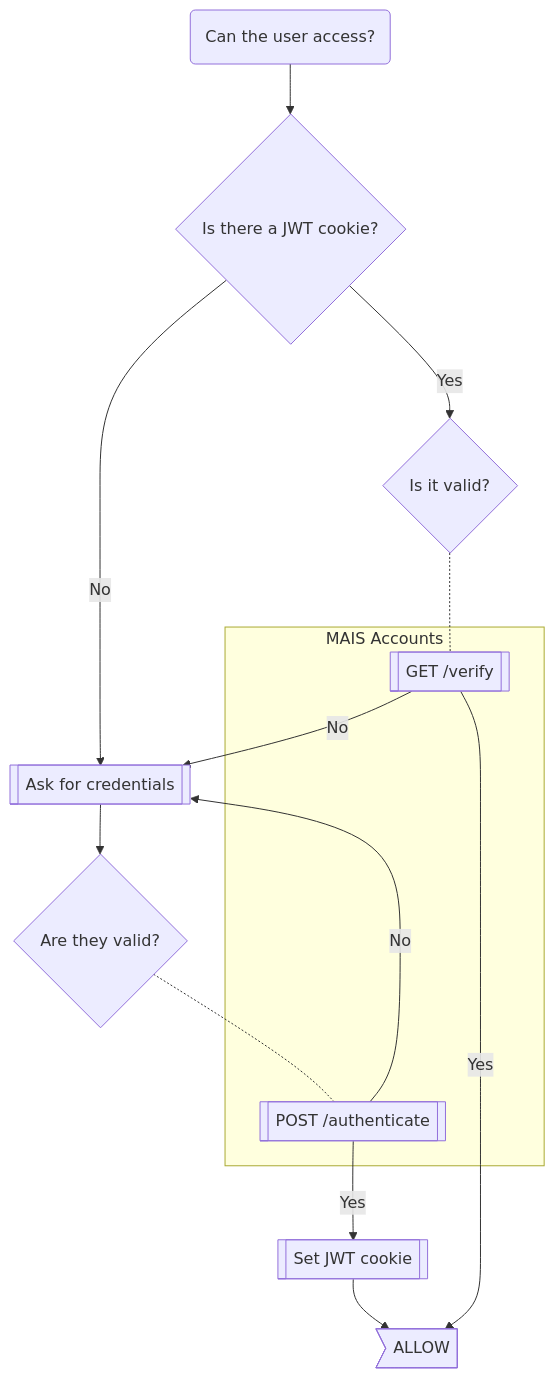
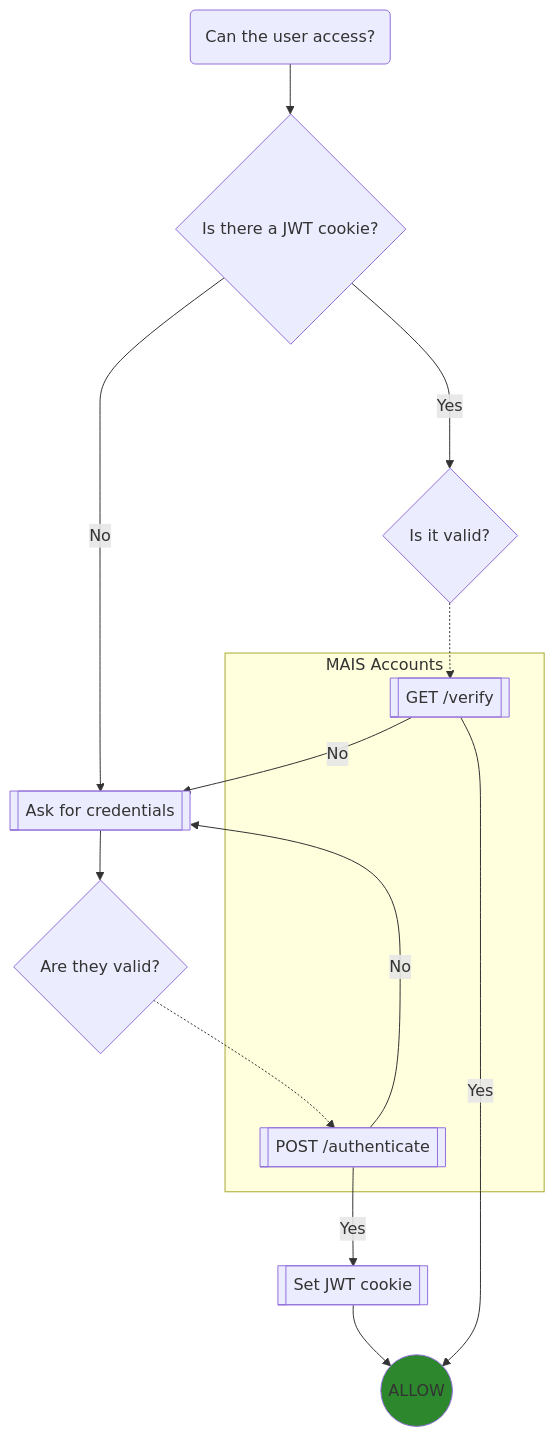
One commit to metabronx/mais-access changed the diagram in README.md. Above: the diagram before and after it, drawn with Mermaid. The commit also changed other lines of this file, not shown here.

Commit message:
docs: improve flowchart

````diff
--- a/README.md
+++ b/README.md
@@ -15,19 +15,21 @@
 ```mermaid
-graph TD
+flowchart TD
     A(Can the user access?) --> B{Is there a JWT cookie?}
-    B -->|No| C[[Ask for credentials]]
-    B -->|Yes| D{Is it valid?}
+    B -- No --> C[[Ask for credentials]]
+    B -- Yes ---> D{Is it valid?}
     C --> E{Are they valid?}
-    
+
     subgraph MAIS Accounts
+    AA[[GET /verify]]
     BB[[POST /authenticate]]
-    AA[[GET /verify]]
     end
 
-    D -.- AA
-    E -.- BB
-    AA -->|No| C
-    BB -->|No| C
-    BB -->|Yes| F[[Set JWT cookie]] --> G
-    AA -->|Yes| G>ALLOW]
+    D -.-> AA
+    E -.-> BB
+
+    AA -- No -->C
+    BB -- No -->C
+    BB -- Yes --> F[[Set JWT cookie]] --> G
+    AA -- Yes --> G((ALLOW))
+    style G fill:#2D882D
 ```
````
